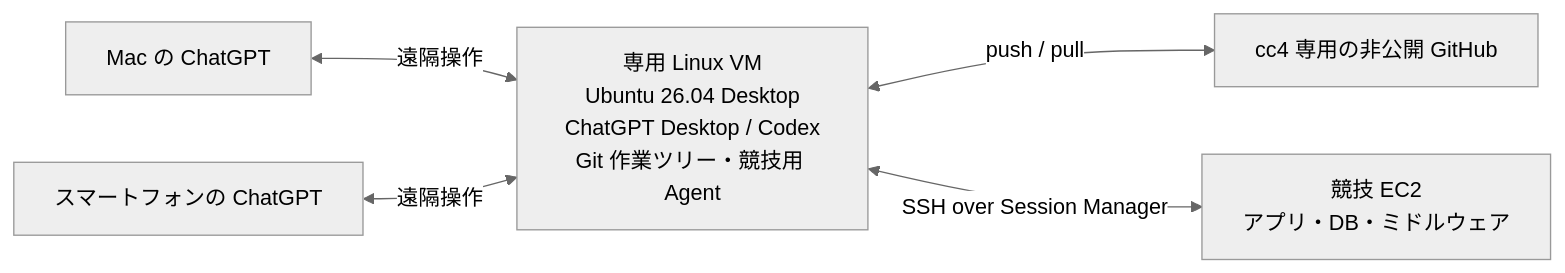
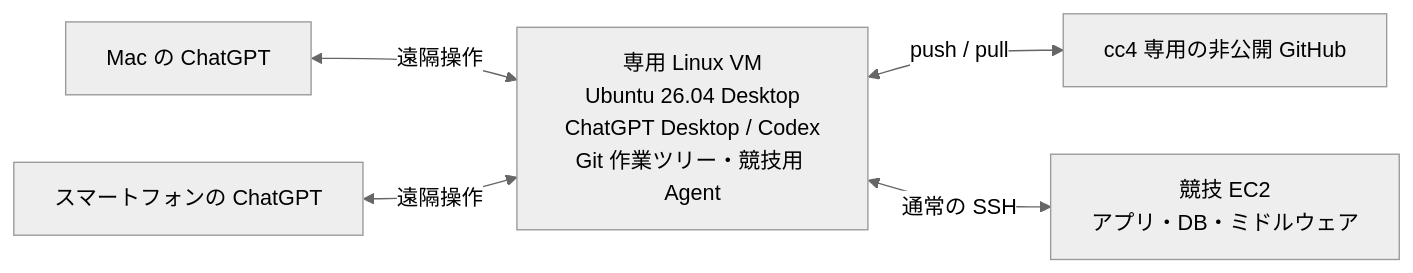
The diagram in 2026/cc4/README.md (ChallengeClub/isucon_tips), drawn with Mermaid (neutral theme) before and after one commit. The commit also changed other lines of this file, not shown here.

Commit message:
docs(cc4): use direct SSH for competition and record SSM practice

````diff
--- a/2026/cc4/README.md
+++ b/2026/cc4/README.md
@@ -24,7 +24,7 @@
 ```mermaid
 flowchart LR
     Mac["Mac の ChatGPT"] <-->|遠隔操作| VM["専用 Linux VM<br/>Ubuntu 26.04 Desktop<br/>ChatGPT Desktop / Codex<br/>Git 作業ツリー・競技用 Agent"]
     Mobile["スマートフォンの ChatGPT"] <-->|遠隔操作| VM
     VM <-->|push / pull| GitHub["cc4 専用の非公開 GitHub"]
-    VM <-->|SSH over Session Manager| EC2["競技 EC2<br/>アプリ・DB・ミドルウェア"]
+    VM <-->|通常の SSH| EC2["競技 EC2<br/>アプリ・DB・ミドルウェア"]
 ```
````
